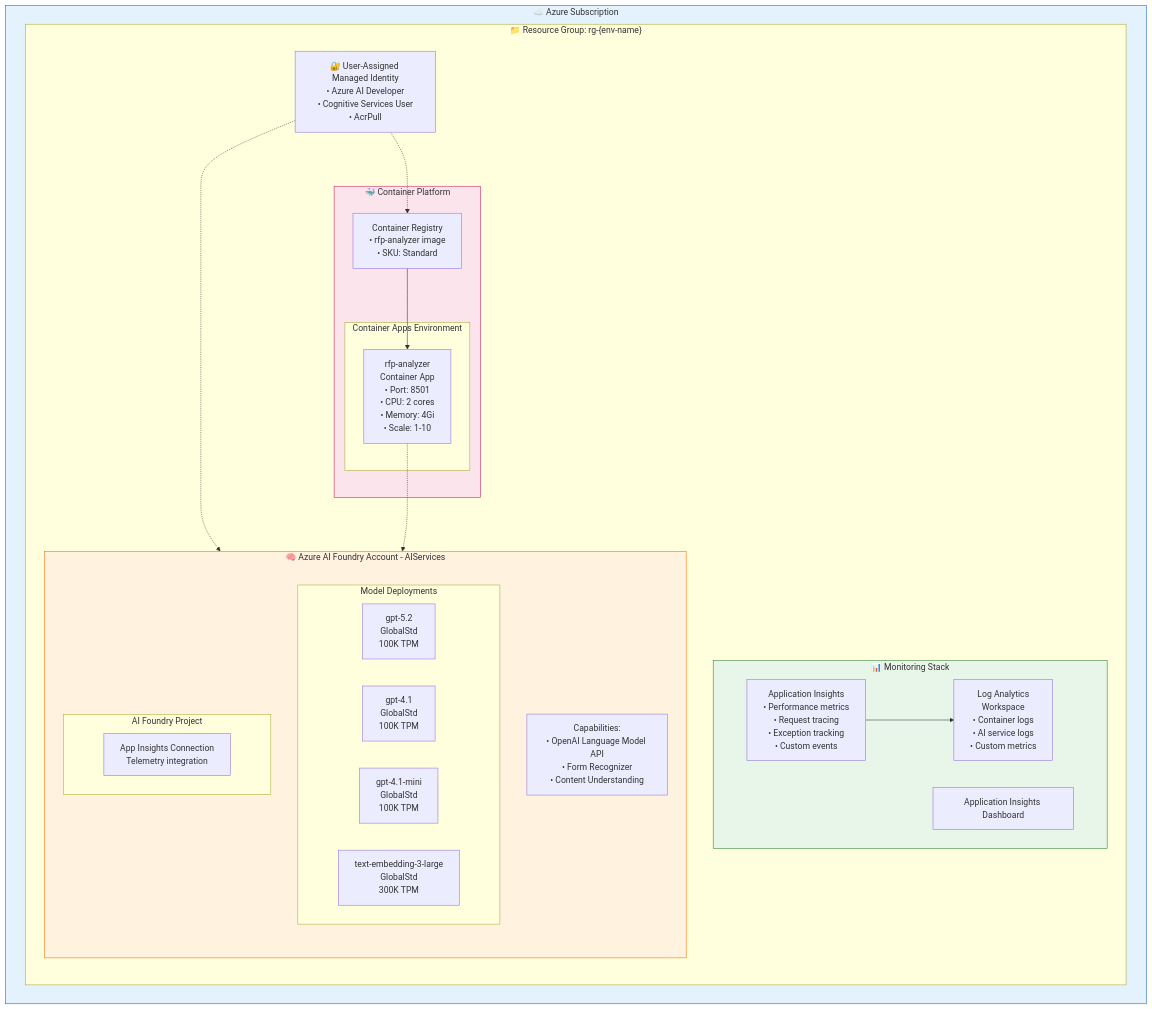
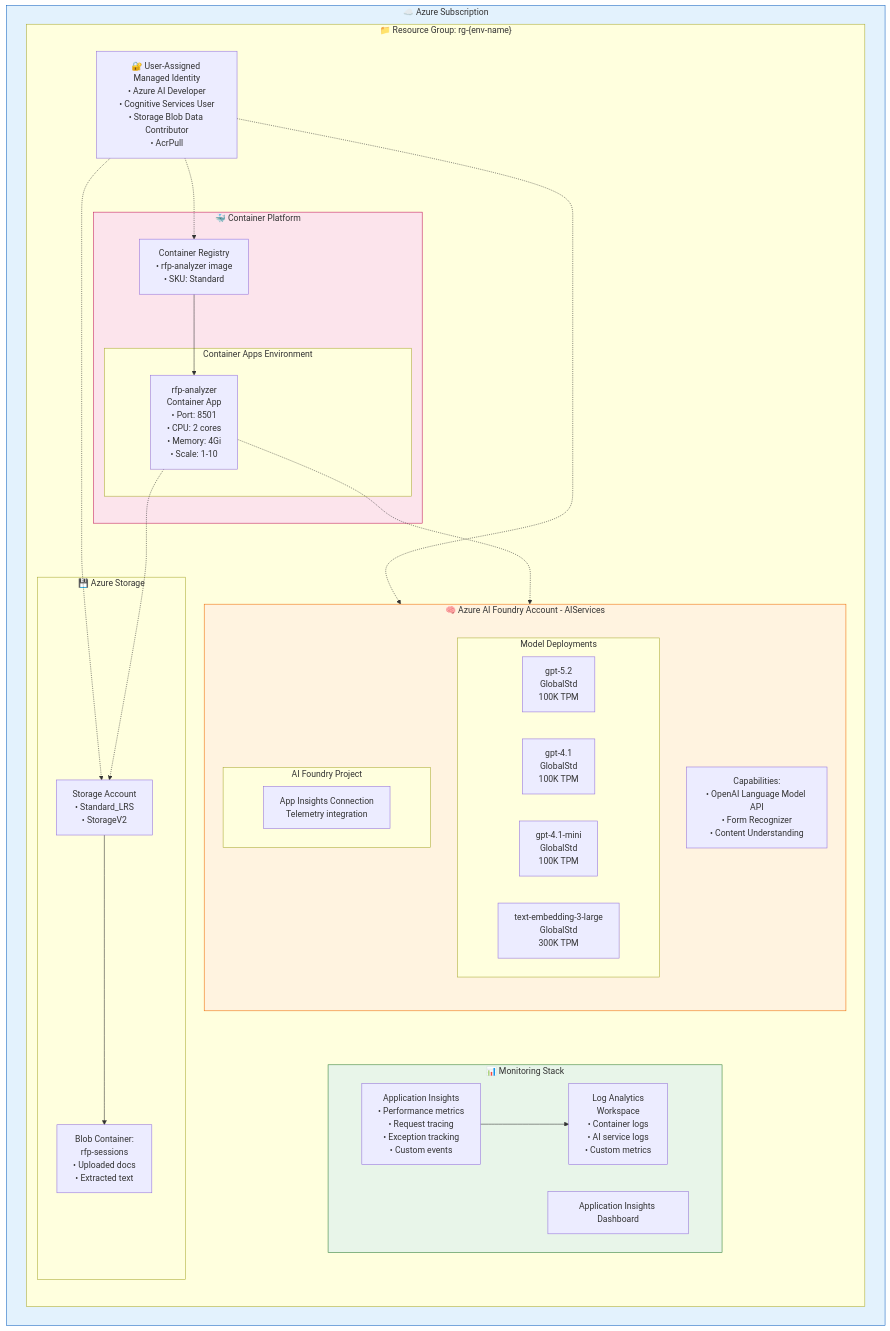
Before and after one commit to amgdy/rfp-analyzer: the eighth of 25 diagrams in docs/ARCHITECTURE.md, drawn with Mermaid. The commit also changed other lines of this file and 2 other files, not shown here.

First line of the commit message:
fix: address code review feedback - session ID persistence and blob loading logic

````diff
--- a/docs/ARCHITECTURE.md
+++ b/docs/ARCHITECTURE.md
@@ -296,50 +297,58 @@
 ```mermaid
 flowchart TB
     subgraph Subscription["☁️ Azure Subscription"]
         subgraph RG["📁 Resource Group: rg-{env-name}"]
             subgraph AIFoundry["🧠 Azure AI Foundry Account - AIServices"]
                 direction TB
                 Capabilities["Capabilities:<br>• OpenAI Language Model API<br>• Form Recognizer<br>• Content Understanding"]
                 
                 subgraph Models["Model Deployments"]
                     GPT52["gpt-5.2<br>GlobalStd<br>100K TPM"]
                     GPT41["gpt-4.1<br>GlobalStd<br>100K TPM"]
                     GPT41M["gpt-4.1-mini<br>GlobalStd<br>100K TPM"]
                     EMB["text-embedding-3-large<br>GlobalStd<br>300K TPM"]
                 end
                 
                 subgraph Project["AI Foundry Project"]
                     AppInsConn["App Insights Connection<br>Telemetry integration"]
                 end
             end
             
             subgraph Monitoring["📊 Monitoring Stack"]
                 LAW["Log Analytics<br>Workspace<br>• Container logs<br>• AI service logs<br>• Custom metrics"]
                 AI["Application Insights<br>• Performance metrics<br>• Request tracing<br>• Exception tracking<br>• Custom events"]
                 Dashboard["Application Insights Dashboard"]
                 AI --> LAW
             end
             
             subgraph Container["🐳 Container Platform"]
                 ACR["Container Registry<br>• rfp-analyzer image<br>• SKU: Standard"]
                 
                 subgraph CAE["Container Apps Environment"]
                     CA["rfp-analyzer<br>Container App<br>• Port: 8501<br>• CPU: 2 cores<br>• Memory: 4Gi<br>• Scale: 1-10"]
                 end
                 
                 ACR --> CA
             end
             
-            MI["🔐 User-Assigned Managed Identity<br>• Azure AI Developer<br>• Cognitive Services User<br>• AcrPull"]
+            subgraph Storage["💾 Azure Storage"]
+                SA["Storage Account<br>• Standard_LRS<br>• StorageV2"]
+                BC["Blob Container:<br>rfp-sessions<br>• Uploaded docs<br>• Extracted text"]
+                SA --> BC
+            end
+            
+            MI["🔐 User-Assigned Managed Identity<br>• Azure AI Developer<br>• Cognitive Services User<br>• Storage Blob Data Contributor<br>• AcrPull"]
         end
     end
     
     MI -.-> AIFoundry
     MI -.-> ACR
+    MI -.-> SA
     CA -.-> AIFoundry
+    CA -.-> SA
     
     style Subscription fill:#e3f2fd,stroke:#1565c0
     style AIFoundry fill:#fff3e0,stroke:#ef6c00
     style Monitoring fill:#e8f5e9,stroke:#2e7d32
     style Container fill:#fce4ec,stroke:#c2185b
 ```
````
